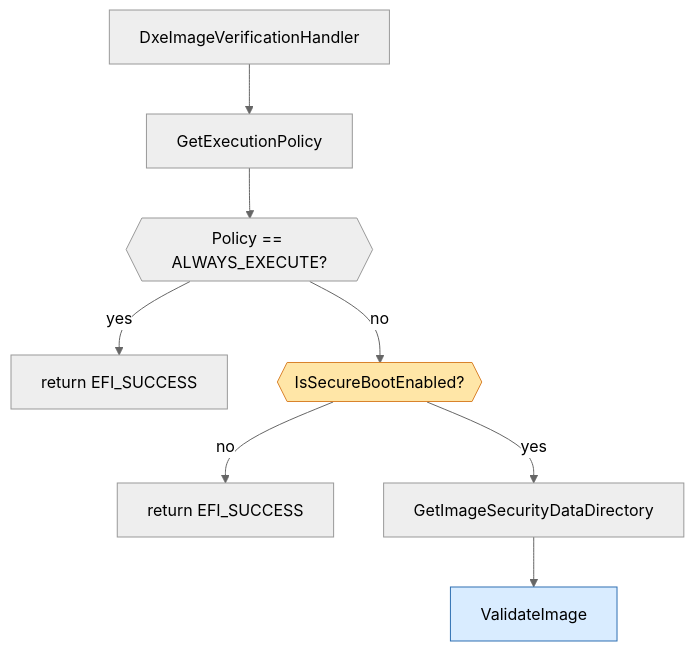
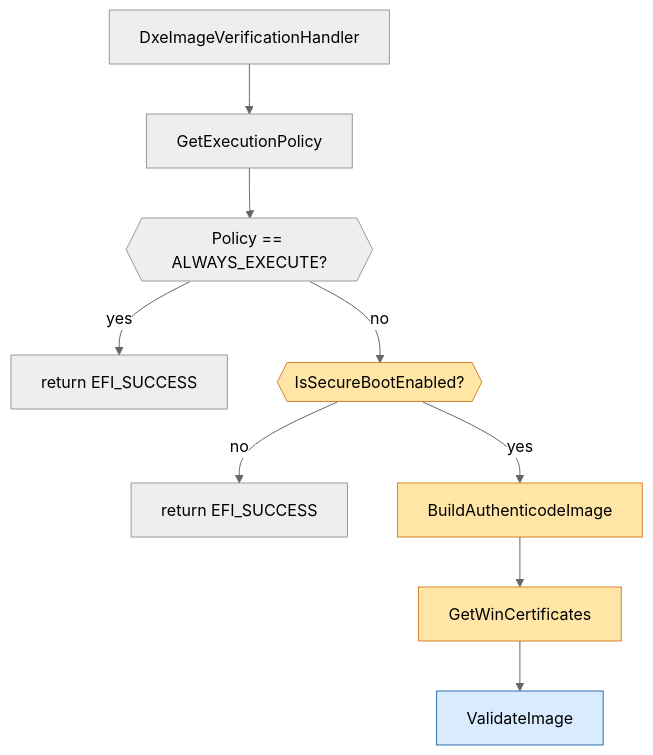
One commit to Javagedes/mu_basecore changed the first of 5 diagrams in SecurityPkg/Library/DxeImageVerificationLib2/README.md. Above: the diagram before and after it, drawn with Mermaid (neutral theme). The commit also changed other lines of this file and 17 other files, not shown here.

````diff
--- a/SecurityPkg/Library/DxeImageVerificationLib2/README.md
+++ b/SecurityPkg/Library/DxeImageVerificationLib2/README.md
@@ -53,15 +53,16 @@
 ```mermaid
 flowchart TD
     A[DxeImageVerificationHandler] --> C[GetExecutionPolicy]
     C --> D{{Policy == ALWAYS_EXECUTE?}}
     D -- yes --> D1[return EFI_SUCCESS]
     D -- no  --> E{{IsSecureBootEnabled?}}
     E -- no  --> E1[return EFI_SUCCESS]
-    E -- yes --> F[GetImageSecurityDataDirectory]
-    F --> I[ValidateImage]
+    E -- yes --> F[BuildAuthenticodeImage]
+    F --> G[GetWinCertificates]
+    G --> I[ValidateImage]
 
     classDef drill fill:#d9ecff,stroke:#2f6fb2,color:#000;
     class I drill;
     classDef libclass fill:#ffe6a7,stroke:#d9822b,color:#000;
-    class E libclass;
+    class E,F,G libclass;
 ```
````
